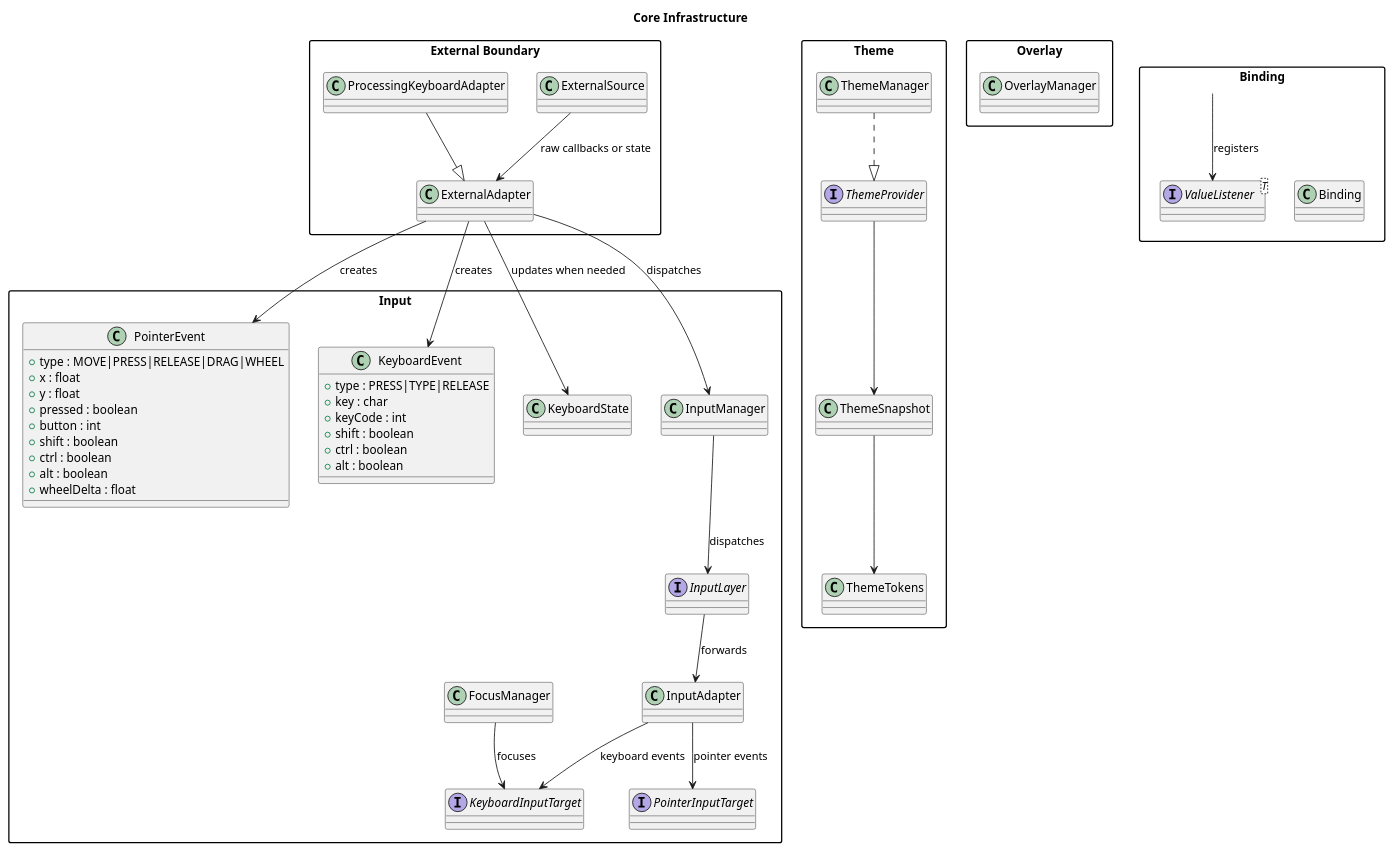
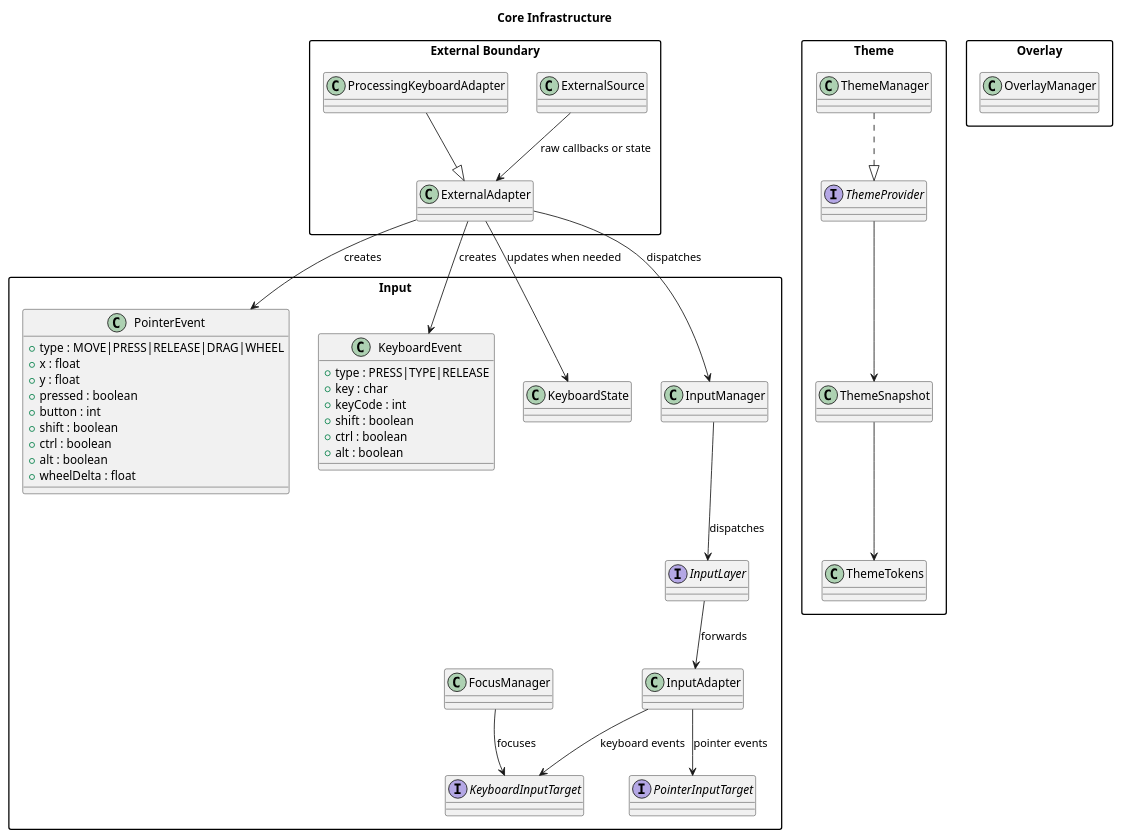
Before and after one commit to cdpoloz/cpz-mvvm-processing-controls: the diagram in docs/uml/infrastructure.puml, drawn with PlantUML. The commit also changed 48 other files, not shown here.

```diff
--- a/docs/uml/infrastructure.puml
+++ b/docs/uml/infrastructure.puml
@@ -1,75 +1,68 @@
 @startuml
 title Core Infrastructure
 skinparam packageStyle rectangle
 skinparam shadowing false
 
 package "External Boundary" {
   class ExternalSource
   class ExternalAdapter
   class ProcessingKeyboardAdapter
 }
 
 package "Input" {
   class PointerEvent {
     +type : MOVE|PRESS|RELEASE|DRAG|WHEEL
     +x : float
     +y : float
     +pressed : boolean
     +button : int
     +shift : boolean
     +ctrl : boolean
     +alt : boolean
     +wheelDelta : float
   }
   class KeyboardEvent {
     +type : PRESS|TYPE|RELEASE
     +key : char
     +keyCode : int
     +shift : boolean
     +ctrl : boolean
     +alt : boolean
   }
   class KeyboardState
   class InputManager
   interface InputLayer
   class InputAdapter
   interface PointerInputTarget
   interface KeyboardInputTarget
   class FocusManager
 }
 
 package "Theme" {
   interface ThemeProvider
   class ThemeManager
   class ThemeSnapshot
   class ThemeTokens
 }
 
 package "Overlay" {
   class OverlayManager
 }
 
-package "Binding" {
-  class Binding
-  interface ValueListener<T>
-}
-
 ThemeManager ..|> ThemeProvider
 ThemeProvider --> ThemeSnapshot
 ThemeSnapshot --> ThemeTokens
 
 ExternalSource --> ExternalAdapter : raw callbacks or state
 ExternalAdapter --> PointerEvent : creates
 ExternalAdapter --> KeyboardEvent : creates
 ExternalAdapter --> KeyboardState : updates when needed
 ExternalAdapter --> InputManager : dispatches
 ProcessingKeyboardAdapter --|> ExternalAdapter
 
 InputManager --> InputLayer : dispatches
 InputLayer --> InputAdapter : forwards
 InputAdapter --> PointerInputTarget : pointer events
 InputAdapter --> KeyboardInputTarget : keyboard events
 FocusManager --> KeyboardInputTarget : focuses
-
-Binding --> ValueListener : registers
 @enduml
```
